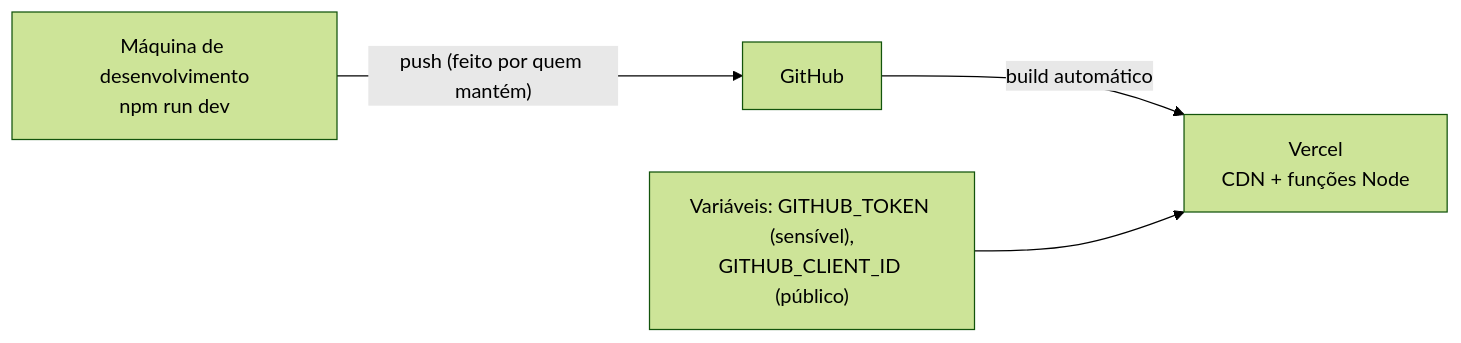
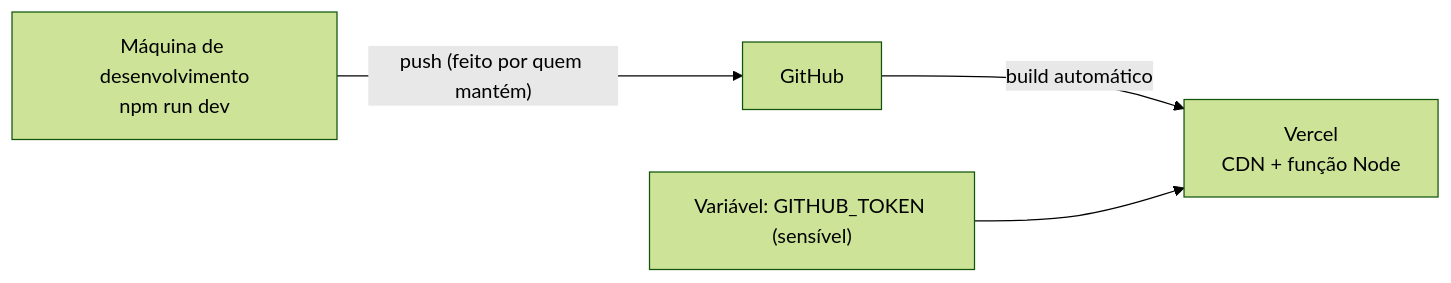
Before and after one commit to Yourdevdaniel/repartments: the fourth of 4 diagrams in docs/arquitetura.md, drawn with Mermaid (forest theme). The commit also changed other lines of this file and 3 other files, not shown here.

````diff
--- a/docs/arquitetura.md
+++ b/docs/arquitetura.md
@@ -173,6 +124,6 @@
 ```mermaid
 flowchart LR
   dev[Máquina de desenvolvimento<br/>npm run dev] -- "push (feito por quem mantém)" --> gh[GitHub]
-  gh -- "build automático" --> vercel[Vercel<br/>CDN + funções Node]
-  env["Variáveis: GITHUB_TOKEN (sensível),<br/>GITHUB_CLIENT_ID (público)"] --> vercel
+  gh -- "build automático" --> vercel[Vercel<br/>CDN + função Node]
+  env["Variável: GITHUB_TOKEN (sensível)"] --> vercel
 ```
````
